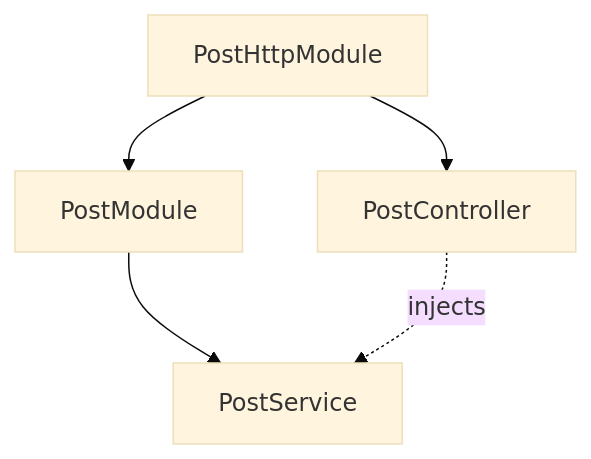
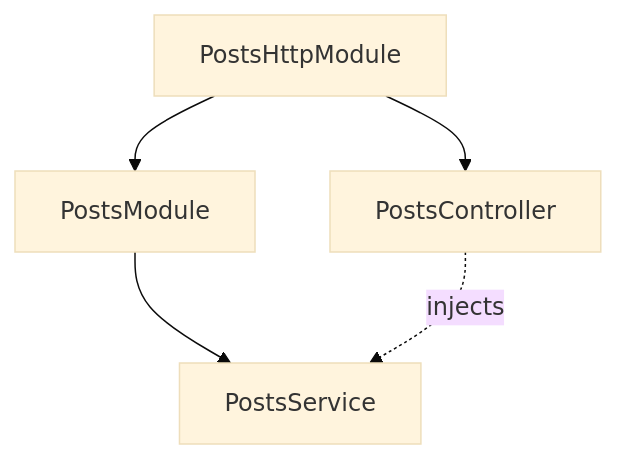
Before and after one commit to YV17labs/NestRS: the third of 5 diagrams in docs/src/content/docs/fundamentals/modules.mdx, drawn with Mermaid (base theme). The commit also changed other lines of this file and 27 other files, not shown here.

````diff
--- a/docs/src/content/docs/fundamentals/modules.mdx
+++ b/docs/src/content/docs/fundamentals/modules.mdx
@@ -125,7 +125,7 @@
 ```mermaid
 flowchart TB
-  PM[PostModule] --> PS[PostService]
-  PHM[PostHttpModule] --> PM
-  PHM --> PC[PostController]
+  PM[PostsModule] --> PS[PostsService]
+  PHM[PostsHttpModule] --> PM
+  PHM --> PC[PostsController]
   PC -. "injects" .-> PS
 ```
````
